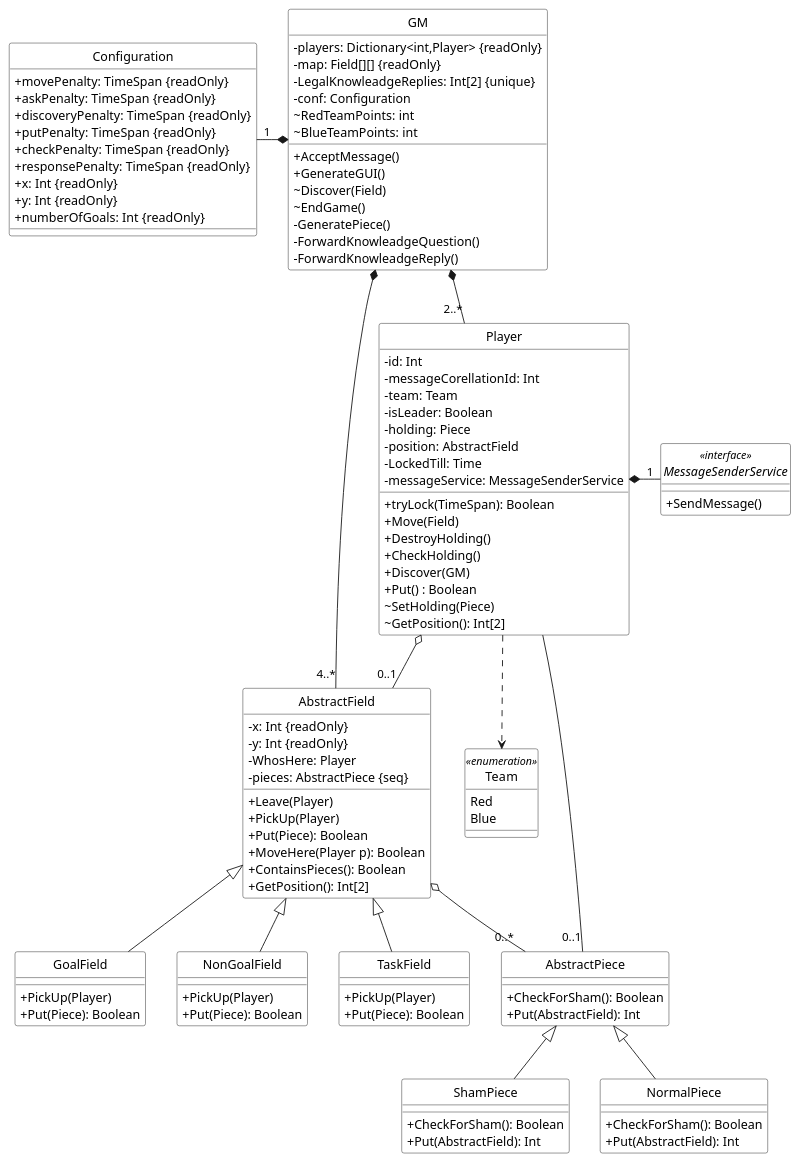
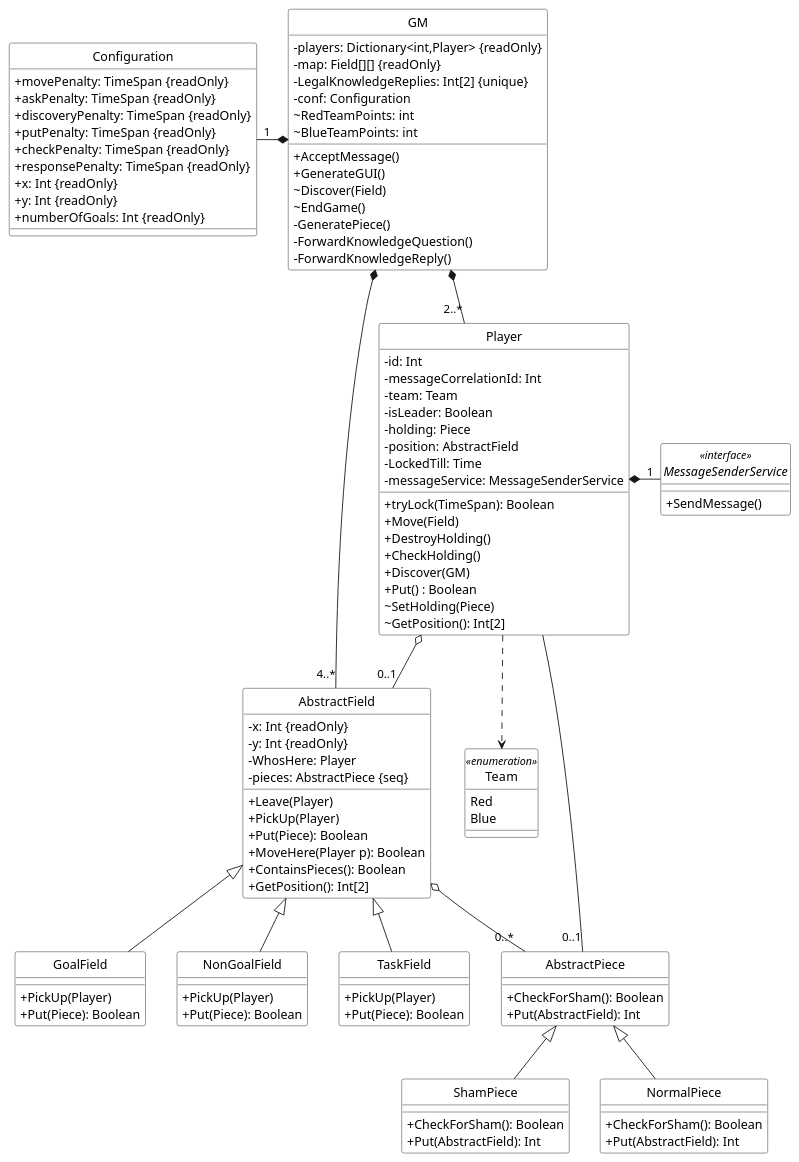
The diagram in UML/ClassDiagram/GM.puml (MINI-IO/IO-project-game), drawn with PlantUML before and after one commit. The commit also changed 4 other files, not shown here.

```diff
--- a/UML/ClassDiagram/GM.puml
+++ b/UML/ClassDiagram/GM.puml
@@ -1,139 +1,139 @@
 @startuml
 
 skinparam shadowing false
 skinparam monochrome true
 skinparam classAttributeIconSize 0
 hide circle
 
 skinparam class {
 	BackgroundColor white
 }
 
 AbstractField <|-- GoalField
 AbstractField <|-- NonGoalField
 AbstractField <|-- TaskField
 
 class AbstractField
 {
 - x: Int {readOnly}
 - y: Int {readOnly}
 - WhosHere: Player
 - pieces: AbstractPiece {seq}
 + Leave(Player)
 + PickUp(Player)
 + Put(Piece): Boolean
 + MoveHere(Player p): Boolean
 + ContainsPieces(): Boolean
 + GetPosition(): Int[2]
 }
 
 class GoalField
 {
 + PickUp(Player)
 + Put(Piece): Boolean
 }
 
 class NonGoalField
 {
 + PickUp(Player)
 + Put(Piece): Boolean
 }
 
 class TaskField
 {
 + PickUp(Player)
 + Put(Piece): Boolean
 }
 
 class Configuration
 {
 + movePenalty: TimeSpan {readOnly}
 + askPenalty: TimeSpan {readOnly}
 + discoveryPenalty: TimeSpan {readOnly}
 + putPenalty: TimeSpan {readOnly}
 + checkPenalty: TimeSpan {readOnly}
 + responsePenalty: TimeSpan {readOnly}
 + x: Int {readOnly}
 + y: Int {readOnly}
 + numberOfGoals: Int {readOnly}
 }
 
 GM *-left-"1" Configuration
 
 class GM
 {
 + AcceptMessage()
 + GenerateGUI()
 ~ Discover(Field)
 ~ EndGame()
 - players: Dictionary<int,Player> {readOnly}
 - map: Field[][] {readOnly}
-- LegalKnowleadgeReplies: Int[2] {unique}
+- LegalKnowledgeReplies: Int[2] {unique}
 - conf: Configuration
 - GeneratePiece()
-- ForwardKnowleadgeQuestion()
-- ForwardKnowleadgeReply()
+- ForwardKnowledgeQuestion()
+- ForwardKnowledgeReply()
 ~ RedTeamPoints: int
 ~ BlueTeamPoints: int
 }
 
 
 enum Team <<enumeration>>
 {
 Red
 Blue
 }
 GM *--"2..*" Player
 Player o--"0..1" AbstractField
 Player *-right-"1" MessageSenderService
 Player .down.> Team
 AbstractField o--"0..*" AbstractPiece
 class Player
 {
 + tryLock(TimeSpan): Boolean
 + Move(Field)
 + DestroyHolding()
 + CheckHolding()
 + Discover(GM)
 + Put() : Boolean
 ~ SetHolding(Piece)
 ~ GetPosition(): Int[2]
 - id: Int
-- messageCorellationId: Int
+- messageCorrelationId: Int
 - team: Team
 - isLeader: Boolean
 - holding: Piece
 - position: AbstractField
 - LockedTill: Time
 - messageService: MessageSenderService
 }
 
 interface MessageSenderService <<interface>>
 {
 + SendMessage()
 }
 
 GM *--"4..*" AbstractField
 
 AbstractPiece <|-- ShamPiece
 AbstractPiece <|-- NormalPiece
 
 Player --"0..1" AbstractPiece
 
 class AbstractPiece
 {
 + CheckForSham(): Boolean
 + Put(AbstractField): Int
 }
 class ShamPiece
 {
 + CheckForSham(): Boolean
 + Put(AbstractField): Int
 }
 class NormalPiece
 {
 + CheckForSham(): Boolean
 + Put(AbstractField): Int
 }
 
 @enduml
```
